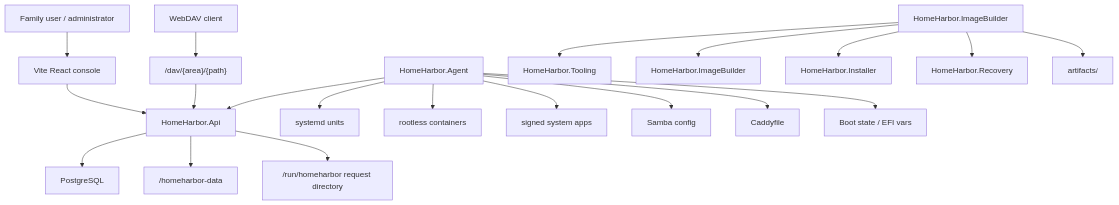
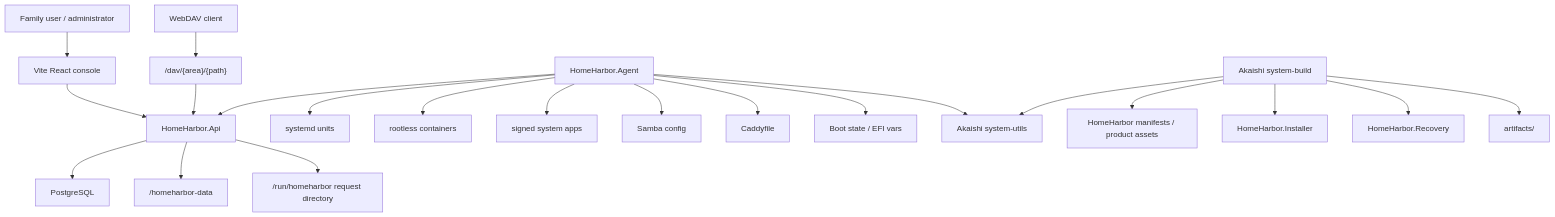
One commit to Akaishi-Tech/home-harbor changed the first of 2 diagrams in docs/architecture.md. Above: the diagram before and after it, drawn with Mermaid. The commit also changed other lines of this file and 141 other files, not shown here.

Commit message:
build: extract system tooling repositories

````diff
--- a/docs/architecture.md
+++ b/docs/architecture.md
@@ -5,25 +5,26 @@
 ```mermaid
 flowchart TB
   User["Family user / administrator"] --> Frontend["Vite React console"]
   Frontend --> Api["HomeHarbor.Api"]
   WebDavClient["WebDAV client"] --> Dav["/dav/{area}/{path}"]
   Dav --> Api
 
   Api --> Db["PostgreSQL"]
   Api --> Data["/homeharbor-data"]
   Api --> Runtime["/run/homeharbor request directory"]
 
   Agent["HomeHarbor.Agent"] --> Api
   Agent --> Systemd["systemd units"]
   Agent --> Podman["rootless containers"]
   Agent --> SystemApps["signed system apps"]
   Agent --> Samba["Samba config"]
   Agent --> Caddy["Caddyfile"]
   Agent --> Boot["Boot state / EFI vars"]
 
-  Build["HomeHarbor.ImageBuilder"] --> Tooling["HomeHarbor.Tooling"]
-  Build --> ImageBuilder["HomeHarbor.ImageBuilder"]
+  Build["Akaishi system-build"] --> Utils["Akaishi system-utils"]
+  Agent --> Utils
+  Build --> Manifests["HomeHarbor manifests / product assets"]
   Build --> Installer["HomeHarbor.Installer"]
   Build --> Recovery["HomeHarbor.Recovery"]
   Build --> Artifacts["artifacts/"]
 ```
````
